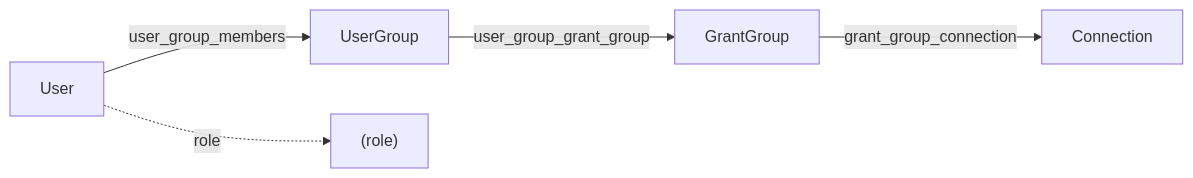
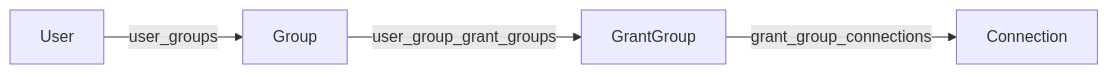
One commit to Sigilweaver/Loom changed the diagram in docs/docs/developer/architecture/hub.md. Above: the diagram before and after it, drawn with Mermaid. The commit also changed other lines of this file and 5 other files, not shown here.

First line of the commit message:
docs(developer): correct architecture pages to match the code

````diff
--- a/docs/docs/developer/architecture/hub.md
+++ b/docs/docs/developer/architecture/hub.md
@@ -70,8 +85,6 @@
 ```mermaid
 flowchart LR
-    User -->|user_group_members| UserGroup
-    UserGroup -->|user_group_grant_group| GrantGroup
-    GrantGroup -->|grant_group_connection| Connection
-    
-    User -.->|role| Role["(role)"]
+    User -->|user_groups| Group
+    Group -->|user_group_grant_groups| GrantGroup
+    GrantGroup -->|grant_group_connections| Connection
 ```
````
